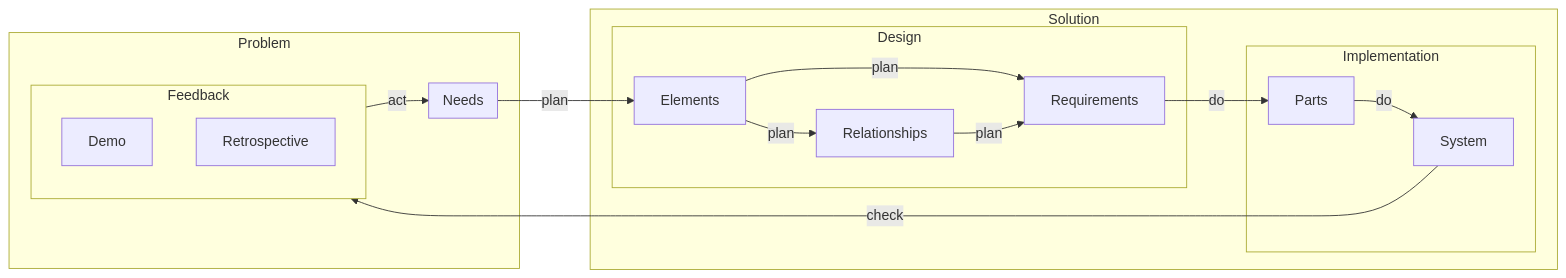
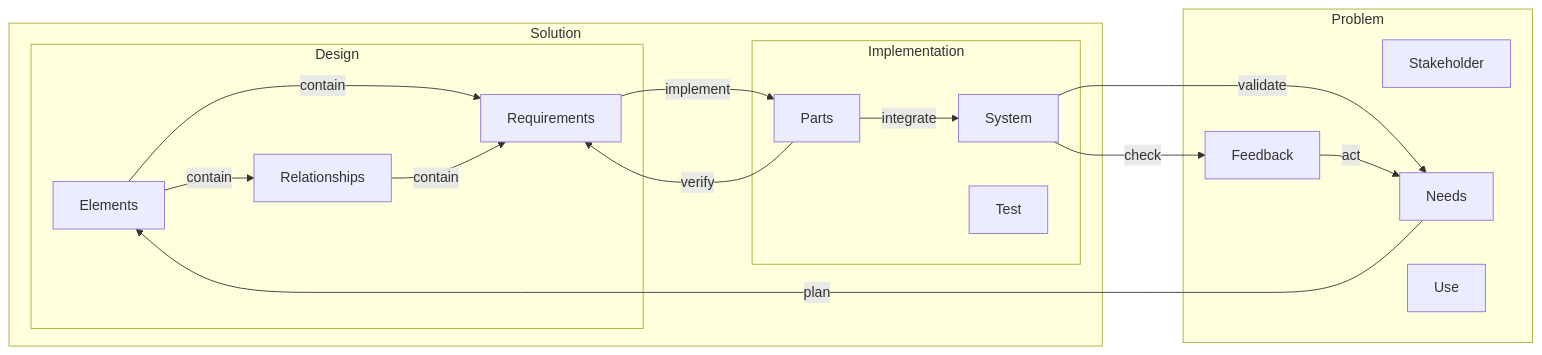
The tenth of 11 diagrams in README.md (firstprinciplesthinking/paper_development_lifecycle), drawn with Mermaid before and after one commit. The commit also changed other lines of this file, not shown here.

````diff
--- a/README.md
+++ b/README.md
@@ -200,32 +249,33 @@
 ```mermaid
    flowchart LR
       subgraph Solution
         subgraph Design
             Elements
             Relationships
             Requirements
          end
          subgraph Implementation
             Parts
             System
+            Test
          end
       end
       
       subgraph Problem
-         subgraph Needs
-         end
-         subgraph Feedback
-            Demo
-            Retrospective
-         end
+         Stakeholder
+         Needs
+         Use
+         Feedback
       end
 
       Needs--"plan"-->Elements
-      Elements--"plan"-->Requirements
-      Elements--"plan"-->Relationships
-      Relationships--"plan"-->Requirements
-      Requirements--"do"-->Parts
-      Parts--"do"-->System
+      Elements--"contain"-->Requirements
+      Elements--"contain"-->Relationships
+      Relationships--"contain"-->Requirements
+      Requirements--"implement"-->Parts
+      Parts--"integrate"-->System
+      Parts--"verify"-->Requirements
       System--"check"-->Feedback
+      System--"validate"-->Needs
       Feedback--"act"-->Needs
 ```
````
